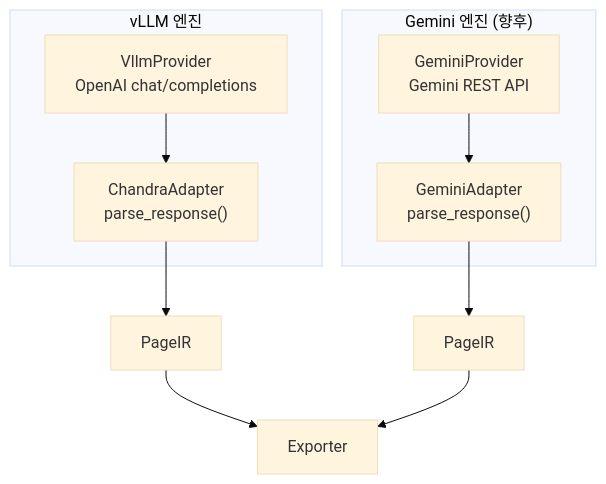
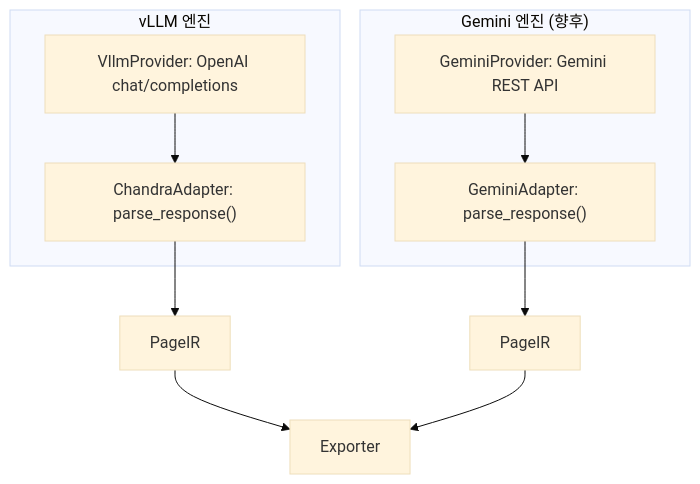
Before and after one commit to appleparan/saegim: the fourth of 7 diagrams in docs/architecture/docir-architecture.md, drawn with Mermaid (base theme). The commit also changed other lines of this file, not shown here.

First line of the commit message:
docs: fix mermaid node labels for GitHub compatibility

````diff
--- a/docs/architecture/docir-architecture.md
+++ b/docs/architecture/docir-architecture.md
@@ -354,16 +354,16 @@
 ```mermaid
 flowchart TD
     subgraph vLLM["vLLM 엔진"]
-        VP["VllmProvider\nOpenAI chat/completions"] --> CA["ChandraAdapter\nparse_response()"]
+        VP["VllmProvider: OpenAI chat/completions"] --> CA["ChandraAdapter: parse_response()"]
     end
 
     subgraph Gemini["Gemini 엔진 (향후)"]
-        GP["GeminiProvider\nGemini REST API"] --> GA["GeminiAdapter\nparse_response()"]
+        GP["GeminiProvider: Gemini REST API"] --> GA["GeminiAdapter: parse_response()"]
     end
 
     CA --> PIR1["PageIR"]
     GA --> PIR2["PageIR"]
 
     PIR1 --> EX["Exporter"]
     PIR2 --> EX
 ```
````
